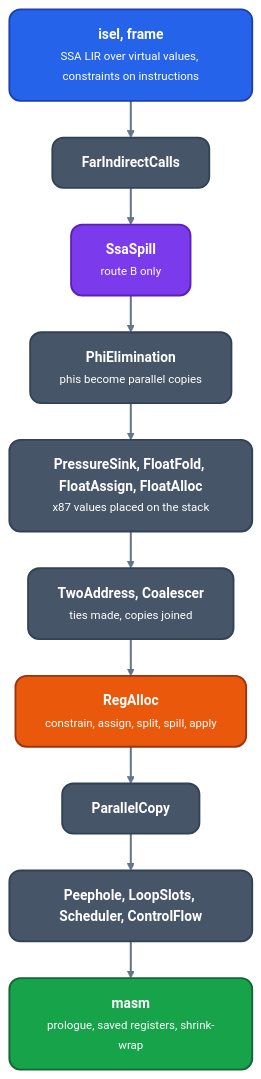
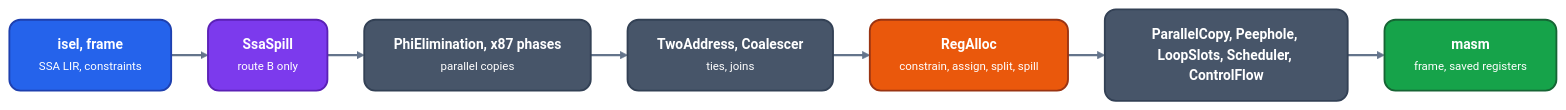
Before and after one commit to ali-mosavian/llrm: the diagram in docs/machine/register-allocation/readme.md, drawn with Mermaid. The commit also changed 3 other files, not shown here.

````diff
--- a/docs/machine/register-allocation/readme.md
+++ b/docs/machine/register-allocation/readme.md
@@ -24,21 +24,18 @@
 ```mermaid
 %%{init: {'theme':'base','themeVariables':{'fontFamily':'Segoe UI, Helvetica Neue, Arial, DejaVu Sans, sans-serif','fontSize':'15px','primaryColor':'#475569','primaryTextColor':'#ffffff','primaryBorderColor':'#334155','lineColor':'#64748b','secondaryColor':'#475569','tertiaryColor':'transparent','clusterBkg':'transparent','clusterBorder':'#64748b','edgeLabelBackground':'#334155','textColor':'#64748b','titleColor':'#64748b'},'flowchart':{'curve':'basis','nodeSpacing':30,'rankSpacing':40,'padding':16,'htmlLabels':true,'useMaxWidth':true}}}%%
-flowchart TB
+flowchart LR
   classDef src fill:#2563eb,stroke:#1e40af,stroke-width:2px,color:#ffffff,rx:12px,ry:12px
   classDef mid fill:#475569,stroke:#334155,stroke-width:2px,color:#ffffff,rx:12px,ry:12px
   classDef opt fill:#ea580c,stroke:#9a3412,stroke-width:2px,color:#ffffff,rx:12px,ry:12px
   classDef out fill:#16a34a,stroke:#166534,stroke-width:2px,color:#ffffff,rx:12px,ry:12px
   classDef data fill:#7c3aed,stroke:#5b21b6,stroke-width:2px,color:#ffffff,rx:12px,ry:12px
   linkStyle default stroke:#64748b,stroke-width:2.2px
-  isel["<b>isel, frame</b><br/><small>SSA LIR over virtual values, constraints on instructions</small>"]:::src
-  far["<b>FarIndirectCalls</b>"]:::mid
+  isel["<b>isel, frame</b><br/><small>SSA LIR, constraints</small>"]:::src
   ssa["<b>SsaSpill</b><br/><small>route B only</small>"]:::data
-  phi["<b>PhiElimination</b><br/><small>phis become parallel copies</small>"]:::mid
-  ps["<b>PressureSink, FloatFold, FloatAssign, FloatAlloc</b><br/><small>x87 values placed on the stack</small>"]:::mid
-  tw["<b>TwoAddress, Coalescer</b><br/><small>ties made, copies joined</small>"]:::mid
-  ra["<b>RegAlloc</b><br/><small>constrain, assign, split, spill, apply</small>"]:::opt
-  pc["<b>ParallelCopy</b>"]:::mid
-  pp["<b>Peephole, LoopSlots, Scheduler, ControlFlow</b>"]:::mid
-  masm["<b>masm</b><br/><small>prologue, saved registers, shrink-wrap</small>"]:::out
-  isel --> far --> ssa --> phi --> ps --> tw --> ra --> pc --> pp --> masm
+  phi["<b>PhiElimination, x87 phases</b><br/><small>parallel copies</small>"]:::mid
+  tw["<b>TwoAddress, Coalescer</b><br/><small>ties, joins</small>"]:::mid
+  ra["<b>RegAlloc</b><br/><small>constrain, assign, split, spill</small>"]:::opt
+  pp["<b>ParallelCopy, Peephole, LoopSlots, Scheduler, ControlFlow</b>"]:::mid
+  masm["<b>masm</b><br/><small>frame, saved registers</small>"]:::out
+  isel --> ssa --> phi --> tw --> ra --> pp --> masm
 ```
````
